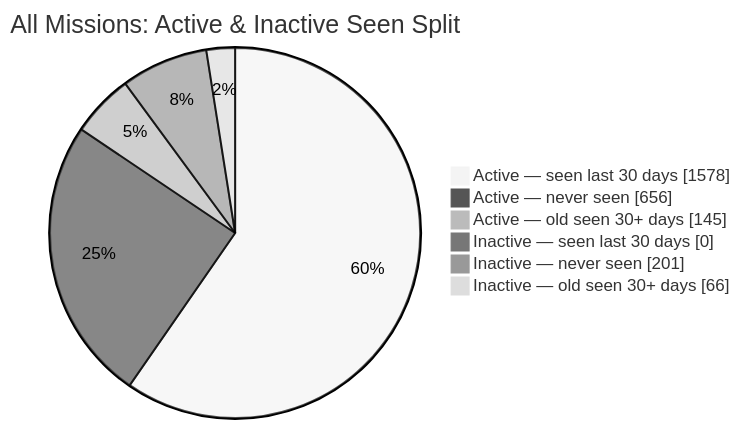
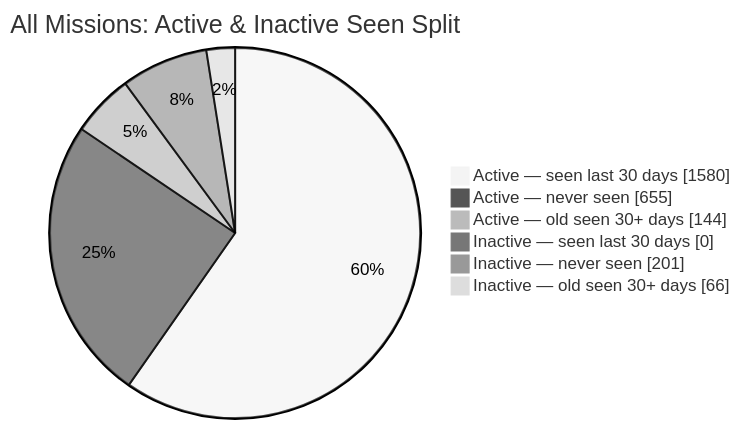
Before and after one commit to MeldkamerspelGameTeam/active-missions: the second of 2 diagrams in README.md, drawn with Mermaid (neutral theme). The commit also changed other lines of this file and 3 other files, not shown here.

````diff
--- a/README.md
+++ b/README.md
@@ -44,10 +44,10 @@
 ```mermaid
 pie showData
     title All Missions: Active & Inactive Seen Split
-    "Active — seen last 30 days" : 1578
-    "Active — never seen" : 656
-    "Active — old seen 30+ days" : 145
+    "Active — seen last 30 days" : 1580
+    "Active — never seen" : 655
+    "Active — old seen 30+ days" : 144
     "Inactive — seen last 30 days" : 0
     "Inactive — never seen" : 201
     "Inactive — old seen 30+ days" : 66
 ```
````
